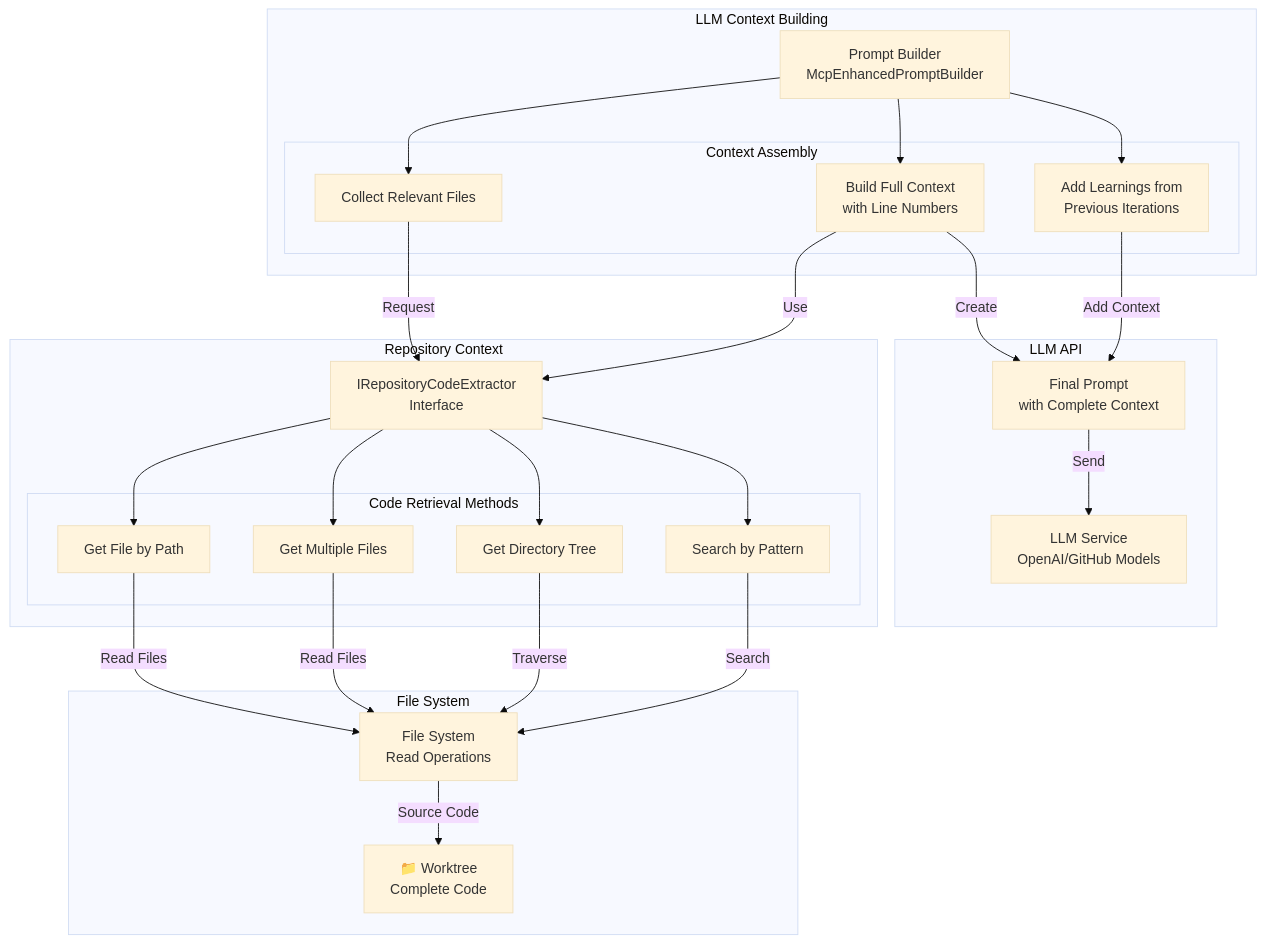
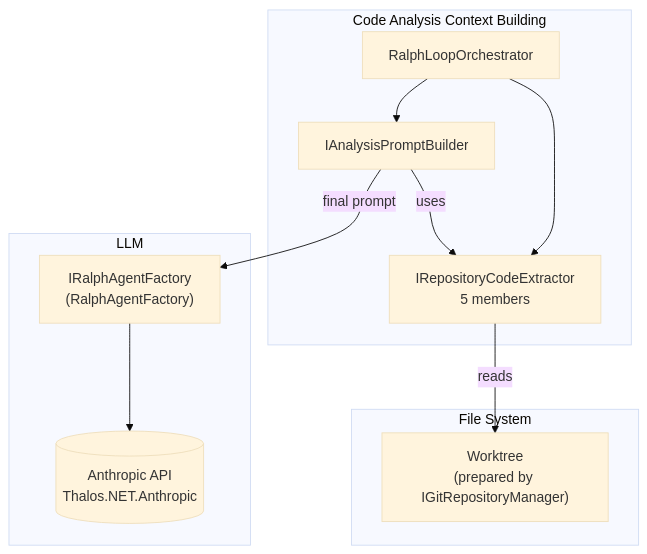
One commit to MarcelRoozekrans/Daedalus.NET changed the seventh of 26 diagrams in docs/architecture-diagrams.md. Above: the diagram before and after it, drawn with Mermaid (base theme). The commit also changed other lines of this file, not shown here.

````diff
--- a/docs/architecture-diagrams.md
+++ b/docs/architecture-diagrams.md
@@ -629,57 +651,24 @@
 ```mermaid
 graph TB
-    subgraph "Repository Context"
-        RC["IRepositoryCodeExtractor<br/>Interface"]
-
-        subgraph "Code Retrieval Methods"
-            RF["Get File by Path"]
-            RM["Get Multiple Files"]
-            RD["Get Directory Tree"]
-            RS["Search by Pattern"]
-        end
+    subgraph Ctx["Code Analysis Context Building"]
+        RC["IRepositoryCodeExtractor<br/>5 members"]
+        PB["IAnalysisPromptBuilder"]
+        RLO["RalphLoopOrchestrator"]
     end
 
-    subgraph "File System"
-        WT["📁 Worktree<br/>Complete Code"]
-        FS["File System<br/>Read Operations"]
+    subgraph FileSystem["File System"]
+        WT["Worktree<br/>(prepared by IGitRepositoryManager)"]
     end
 
-    subgraph "LLM Context Building"
-        PM["Prompt Builder<br/>McpEnhancedPromptBuilder"]
-
-        subgraph "Context Assembly"
-            CF["Collect Relevant Files"]
-            CT["Build Full Context<br/>with Line Numbers"]
-            CL["Add Learnings from<br/>Previous Iterations"]
-        end
+    subgraph Llm["LLM"]
+        Factory["IRalphAgentFactory<br/>(RalphAgentFactory)"]
+        Claude[("Anthropic API<br/>Thalos.NET.Anthropic")]
     end
 
-    subgraph "LLM API"
-        LLM["LLM Service<br/>OpenAI/GitHub Models"]
-        PROMPT["Final Prompt<br/>with Complete Context"]
-    end
-
-    RC --> RF
-    RC --> RM
-    RC --> RD
-    RC --> RS
-
-    RF -->|Read Files| FS
-    RM -->|Read Files| FS
-    RD -->|Traverse| FS
-    RS -->|Search| FS
-
-    FS -->|Source Code| WT
-
-    PM --> CF
-    PM --> CT
-    PM --> CL
-
-    CF -->|Request| RC
-    CT -->|Use| RC
-
-    CT -->|Create| PROMPT
-    PROMPT -->|Send| LLM
-
-    CL -->|Add Context| PROMPT
+    RLO --> RC
+    RLO --> PB
+    RC -->|reads| WT
+    PB -->|uses| RC
+    PB -->|final prompt| Factory
+    Factory --> Claude
 ```
````
